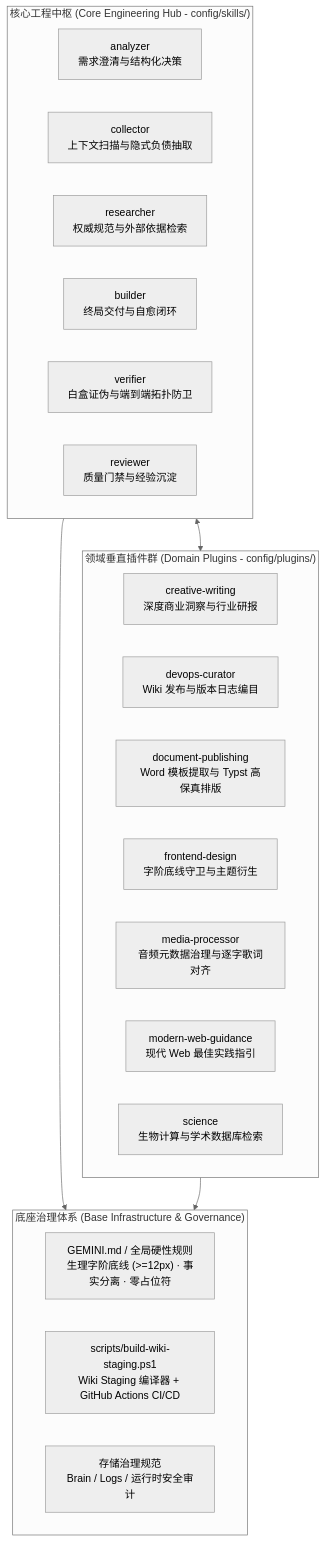
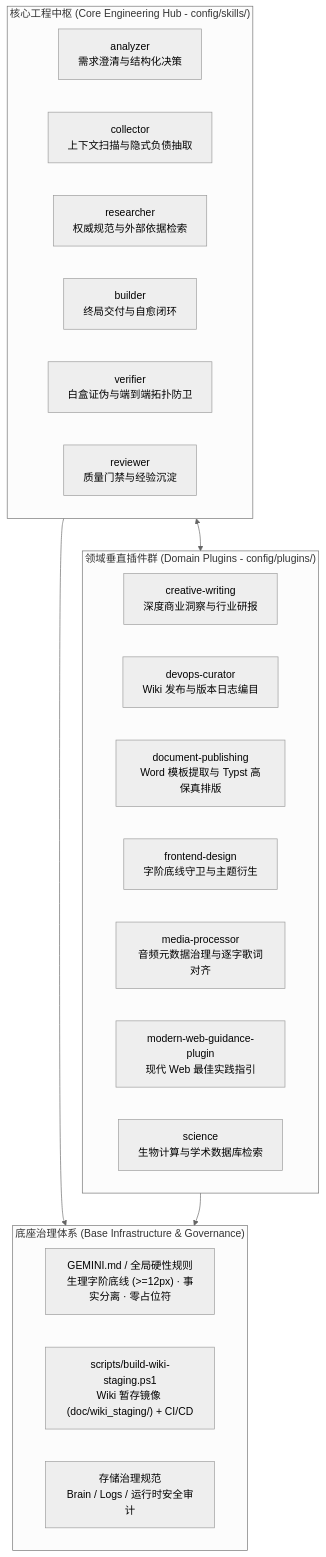
Before and after one commit to TREYWANGCQU/.gemini: the first of 3 diagrams in README.md, drawn with Mermaid (neutral theme). The commit also changed other lines of this file, not shown here.

````diff
--- a/README.md
+++ b/README.md
@@ -16,31 +17,31 @@
 ```mermaid
 graph TB
     subgraph CoreHub["核心工程中枢 (Core Engineering Hub - config/skills/)"]
         Analyzer["analyzer<br/>需求澄清与结构化决策"]
         Collector["collector<br/>上下文扫描与隐式负债抽取"]
         Researcher["researcher<br/>权威规范与外部依据检索"]
         Builder["builder<br/>终局交付与自愈闭环"]
         Verifier["verifier<br/>白盒证伪与端到端拓扑防卫"]
         Reviewer["reviewer<br/>质量门禁与经验沉淀"]
     end
 
     subgraph DomainPlugins["领域垂直插件群 (Domain Plugins - config/plugins/)"]
         CW["creative-writing<br/>深度商业洞察与行业研报"]
         DC["devops-curator<br/>Wiki 发布与版本日志编目"]
         DP["document-publishing<br/>Word 模板提取与 Typst 高保真排版"]
         FD["frontend-design<br/>字阶底线守卫与主题衍生"]
         MP["media-processor<br/>音频元数据治理与逐字歌词对齐"]
-        MW["modern-web-guidance<br/>现代 Web 最佳实践指引"]
+        MW["modern-web-guidance-plugin<br/>现代 Web 最佳实践指引"]
         SC["science<br/>生物计算与学术数据库检索"]
     end
 
     subgraph Governance["底座治理体系 (Base Infrastructure & Governance)"]
         Rules["GEMINI.md / 全局硬性规则<br/>生理字阶底线 (>=12px) · 事实分离 · 零占位符"]
-        WikiPipeline["scripts/build-wiki-staging.ps1<br/>Wiki Staging 编译器 + GitHub Actions CI/CD"]
+        WikiPipeline["scripts/build-wiki-staging.ps1<br/>Wiki 暂存镜像 (doc/wiki_staging/) + CI/CD"]
         StorageAudit["存储治理规范<br/>Brain / Logs / 运行时安全审计"]
     end
 
     CoreHub <--> DomainPlugins
     CoreHub --> Governance
     DomainPlugins --> Governance
 ```
````
